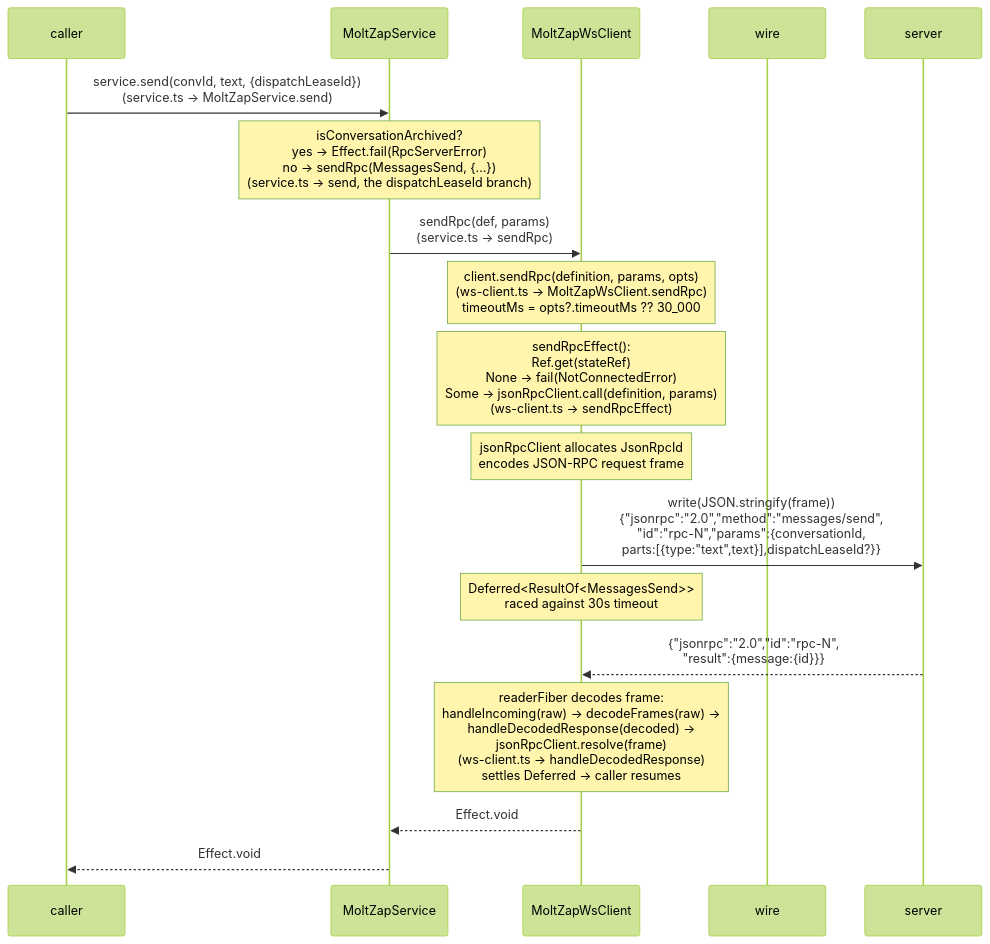
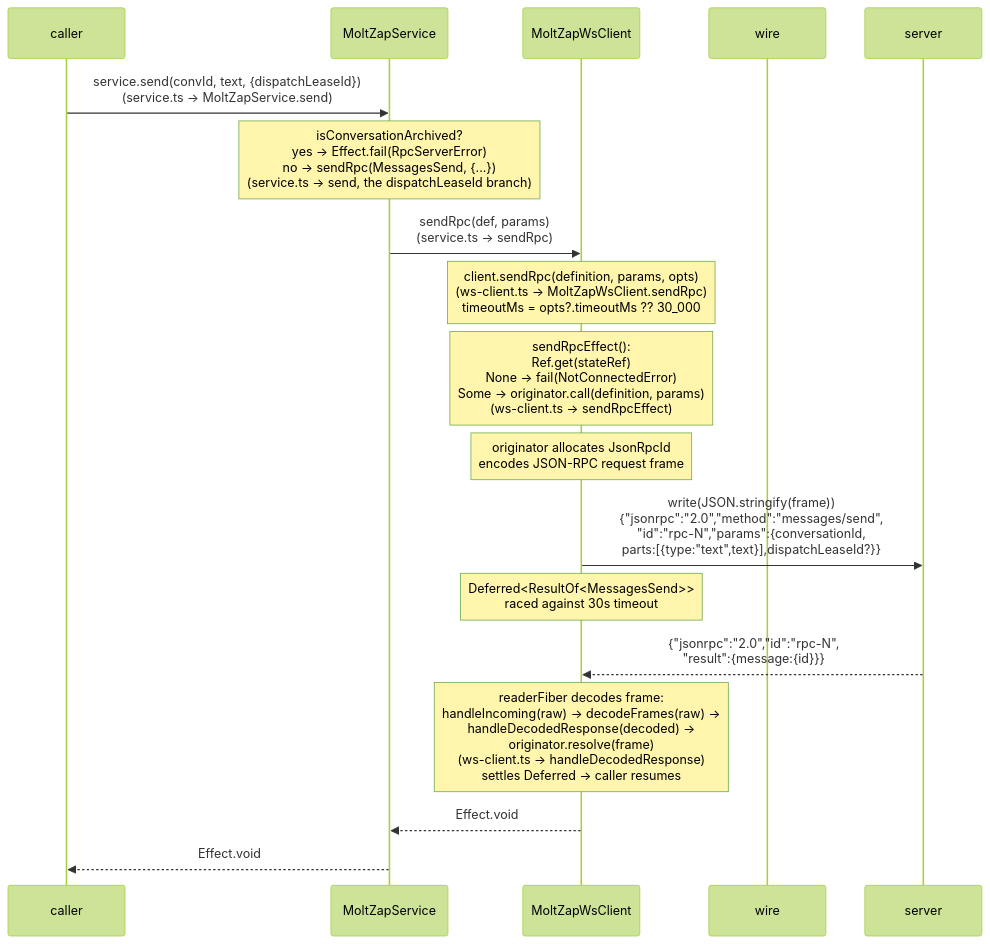
The diagram in packages/client/docs/architecture/02-outbound-messages-send.md (chughtapan/moltzap), drawn with Mermaid (forest theme) before and after one commit. The commit also changed 4 other files, not shown here.

````diff
--- a/packages/client/docs/architecture/02-outbound-messages-send.md
+++ b/packages/client/docs/architecture/02-outbound-messages-send.md
@@ -5,25 +5,25 @@
 ```mermaid
 sequenceDiagram
     participant caller
     participant svc as MoltZapService
     participant wsClient as MoltZapWsClient
     participant wire
     participant server
 
     caller->>svc: service.send(convId, text, {dispatchLeaseId})<br>(service.ts → MoltZapService.send)
     Note over svc: isConversationArchived?<br>yes → Effect.fail(RpcServerError)<br>no → sendRpc(MessagesSend, {...})<br>(service.ts → send, the dispatchLeaseId branch)
 
     svc->>wsClient: sendRpc(def, params)<br>(service.ts → sendRpc)
     Note over wsClient: client.sendRpc(definition, params, opts)<br>(ws-client.ts → MoltZapWsClient.sendRpc)<br>timeoutMs = opts?.timeoutMs ?? 30_000
 
-    Note over wsClient: sendRpcEffect():<br>Ref.get(stateRef)<br>None → fail(NotConnectedError)<br>Some → jsonRpcClient.call(definition, params)<br>(ws-client.ts → sendRpcEffect)
+    Note over wsClient: sendRpcEffect():<br>Ref.get(stateRef)<br>None → fail(NotConnectedError)<br>Some → originator.call(definition, params)<br>(ws-client.ts → sendRpcEffect)
 
-    Note over wsClient: jsonRpcClient allocates JsonRpcId<br>encodes JSON-RPC request frame
+    Note over wsClient: originator allocates JsonRpcId<br>encodes JSON-RPC request frame
     wsClient->>server: write(JSON.stringify(frame))<br>{"jsonrpc":"2.0","method":"messages/send",<br>"id":"rpc-N","params":{conversationId,<br>parts:[{type:"text",text}],dispatchLeaseId?}}
     Note over wsClient: Deferred<ResultOf<MessagesSend>><br>raced against 30s timeout
 
     server-->>wsClient: {"jsonrpc":"2.0","id":"rpc-N",<br>"result":{message:{id}}}
-    Note over wsClient: readerFiber decodes frame:<br>handleIncoming(raw) → decodeFrames(raw) →<br>handleDecodedResponse(decoded) →<br>jsonRpcClient.resolve(frame)<br>(ws-client.ts → handleDecodedResponse)<br>settles Deferred → caller resumes
+    Note over wsClient: readerFiber decodes frame:<br>handleIncoming(raw) → decodeFrames(raw) →<br>handleDecodedResponse(decoded) →<br>originator.resolve(frame)<br>(ws-client.ts → handleDecodedResponse)<br>settles Deferred → caller resumes
     wsClient-->>svc: Effect.void
     svc-->>caller: Effect.void
 ```
````
